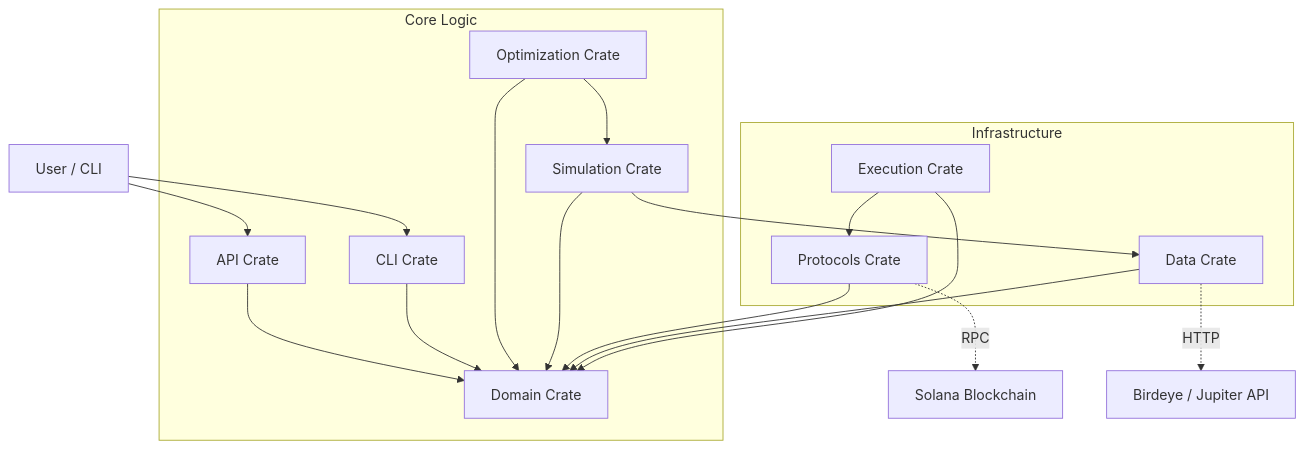
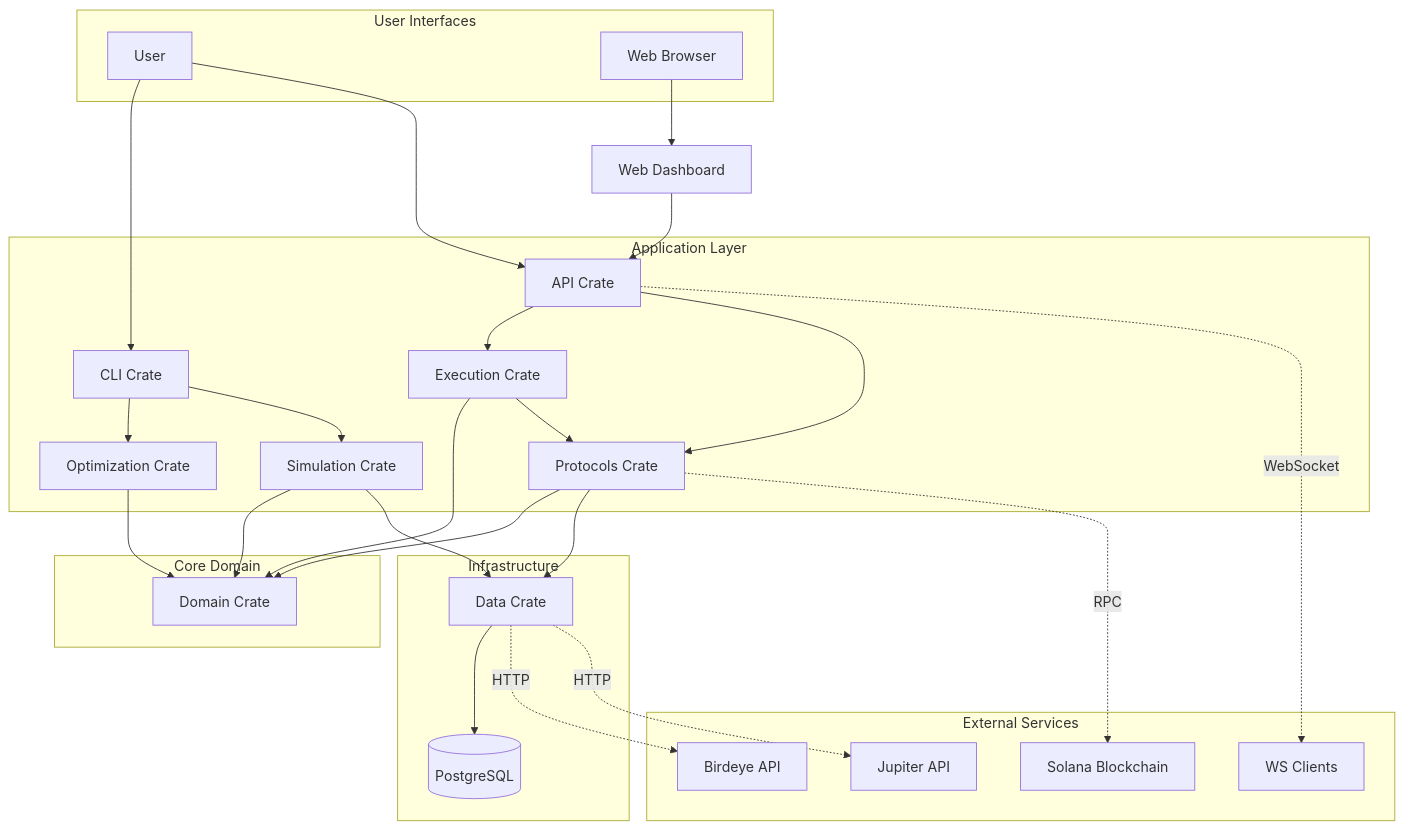
One commit to joaquinbejar/CLMM-Liquidity-Provider changed the diagram in README.md. Above: the diagram before and after it, drawn with Mermaid. The commit also changed other lines of this file, not shown here.

Commit message:
"Update README: refine license badge, enhance module architecture diagram, and clarify infrastructure and external services integration"

````diff
--- a/README.md
+++ b/README.md
@@ -50,25 +50,40 @@
 ```mermaid
 graph TD
-    User[User / CLI] --> API[API Crate]
+    subgraph "User Interfaces"
+        User[User]
+        Browser[Web Browser]
+    end
+    
     User --> CLI[CLI Crate]
+    User --> API[API Crate]
+    Browser --> Dashboard[Web Dashboard]
+    Dashboard --> API
     
-    subgraph "Core Logic"
-        API --> Domain[Domain Crate]
-        CLI --> Domain
-        Optimization[Optimization Crate] --> Domain
-        Simulation[Simulation Crate] --> Domain
+    subgraph "Application Layer"
+        CLI --> Optimization[Optimization Crate]
+        CLI --> Simulation[Simulation Crate]
+        API --> Execution[Execution Crate]
+        API --> Protocols[Protocols Crate]
+    end
+    
+    subgraph "Core Domain"
+        Optimization --> Domain[Domain Crate]
+        Simulation --> Domain
+        Execution --> Domain
+        Protocols --> Domain
     end
     
     subgraph "Infrastructure"
-        Protocols[Protocols Crate] --> Domain
-        Data[Data Crate] --> Domain
-        Execution[Execution Crate] --> Protocols
+        Simulation --> Data[Data Crate]
+        Execution --> Protocols
+        Protocols --> Data
+        Data --> DB[(PostgreSQL)]
     end
     
-    Simulation --> Data
-    Optimization --> Simulation
-    Execution --> Domain
-    
-    Protocols -.-> |RPC| Solana[Solana Blockchain]
-    Data -.-> |HTTP| PriceAPI[Birdeye / Jupiter API]
+    subgraph "External Services"
+        Protocols -.-> |RPC| Solana[Solana Blockchain]
+        Data -.-> |HTTP| Birdeye[Birdeye API]
+        Data -.-> |HTTP| Jupiter[Jupiter API]
+        API -.-> |WebSocket| Clients[WS Clients]
+    end
 ```
````
